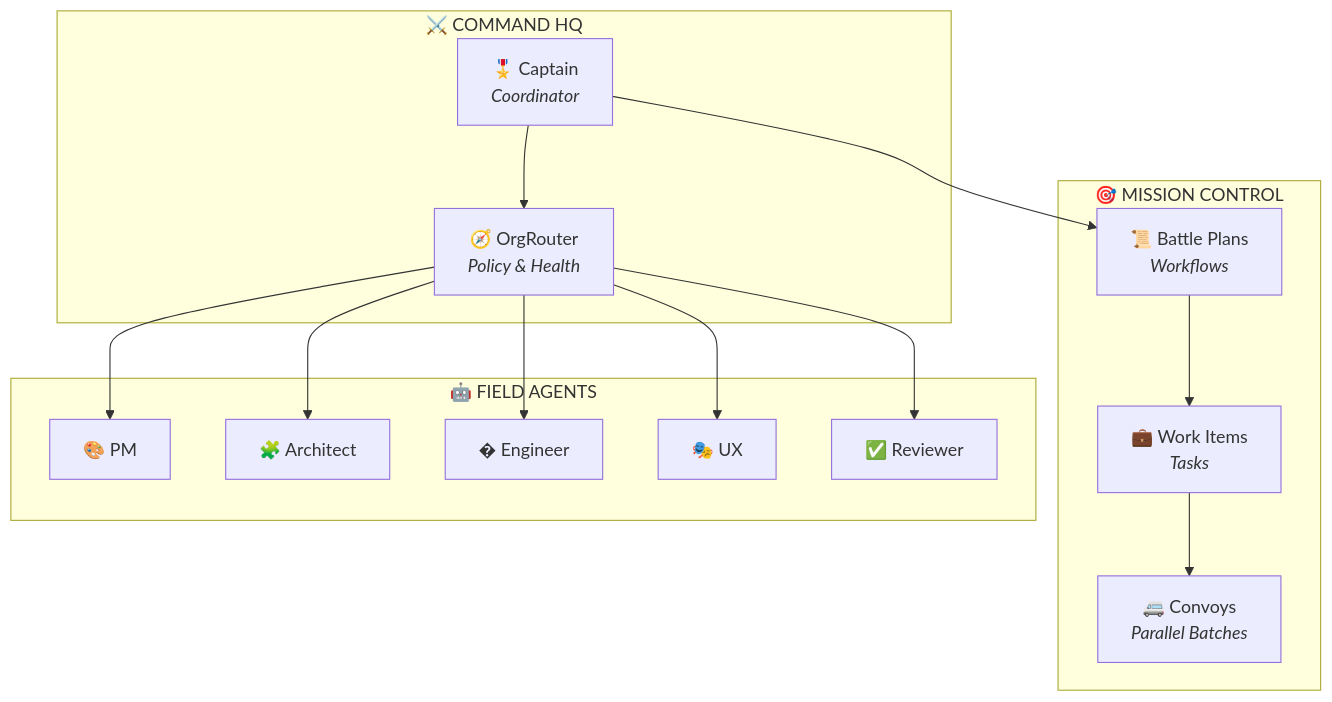
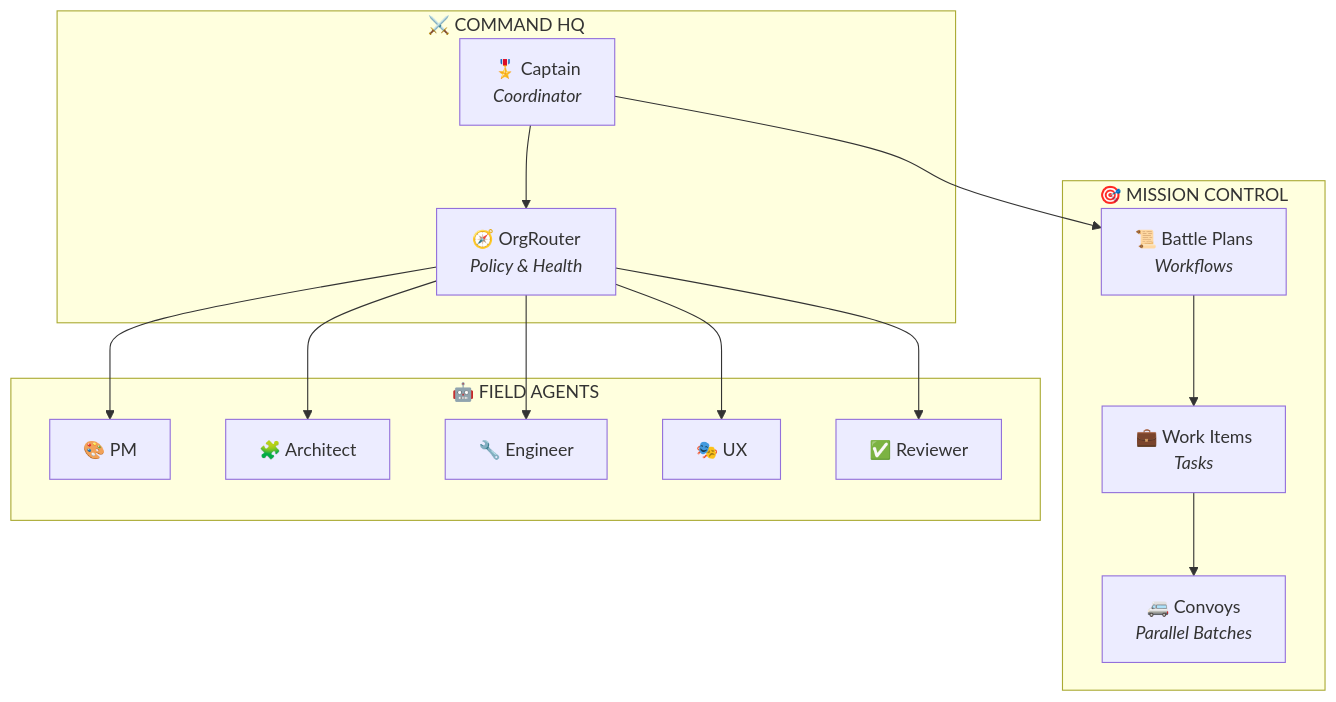
One commit to jnPiyush/AI-Squad changed the first of 7 diagrams in README.md. Above: the diagram before and after it, drawn with Mermaid. The commit also changed other lines of this file and 3 other files, not shown here.

````diff
--- a/README.md
+++ b/README.md
@@ -44,27 +44,27 @@
 ```mermaid
 graph TB
     subgraph "⚔️ COMMAND HQ"
         Captain["🎖️ Captain<br/><i>Coordinator</i>"]
         Router["🧭 OrgRouter<br/><i>Policy & Health</i>"]
     end
     
     subgraph "🎯 MISSION CONTROL"
         BP["📜 Battle Plans<br/><i>Workflows</i>"]
         WI["💼 Work Items<br/><i>Tasks</i>"]
         Convoy["🚐 Convoys<br/><i>Parallel Batches</i>"]
     end
     
     subgraph "🤖 FIELD AGENTS"
         PM["🎨 PM"]
         Arch["🧩 Architect"]
-        Eng["� Engineer"]
+        Eng["🔧 Engineer"]
         UX["🎭 UX"]
         Rev["✅ Reviewer"]
     end
     
     Captain --> BP
     Captain --> Router
     Router --> PM & Arch & Eng & UX & Rev
     BP --> WI
     WI --> Convoy
 ```
````
